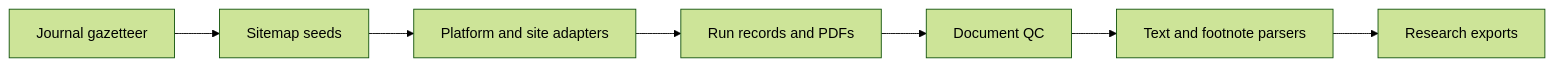
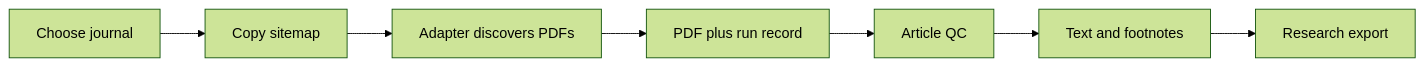
The diagram in README.md (dbateyko/offprint), drawn with Mermaid (forest theme) before and after one commit. The commit also changed other lines of this file and 23 other files, not shown here.

````diff
--- a/README.md
+++ b/README.md
@@ -27,9 +129,9 @@
 ```mermaid
 flowchart LR
-    G[Journal gazetteer] --> S[Sitemap seeds]
-    S --> A[Platform and site adapters]
-    A --> R[Run records and PDFs]
-    R --> Q[Document QC]
-    Q --> P[Text and footnote parsers]
-    P --> E[Research exports]
+    J[Choose journal] --> S[Copy sitemap]
+    S --> A[Adapter discovers PDFs]
+    A --> R[PDF plus run record]
+    R --> Q[Article QC]
+    Q --> T[Text and footnotes]
+    T --> E[Research export]
 ```
````
